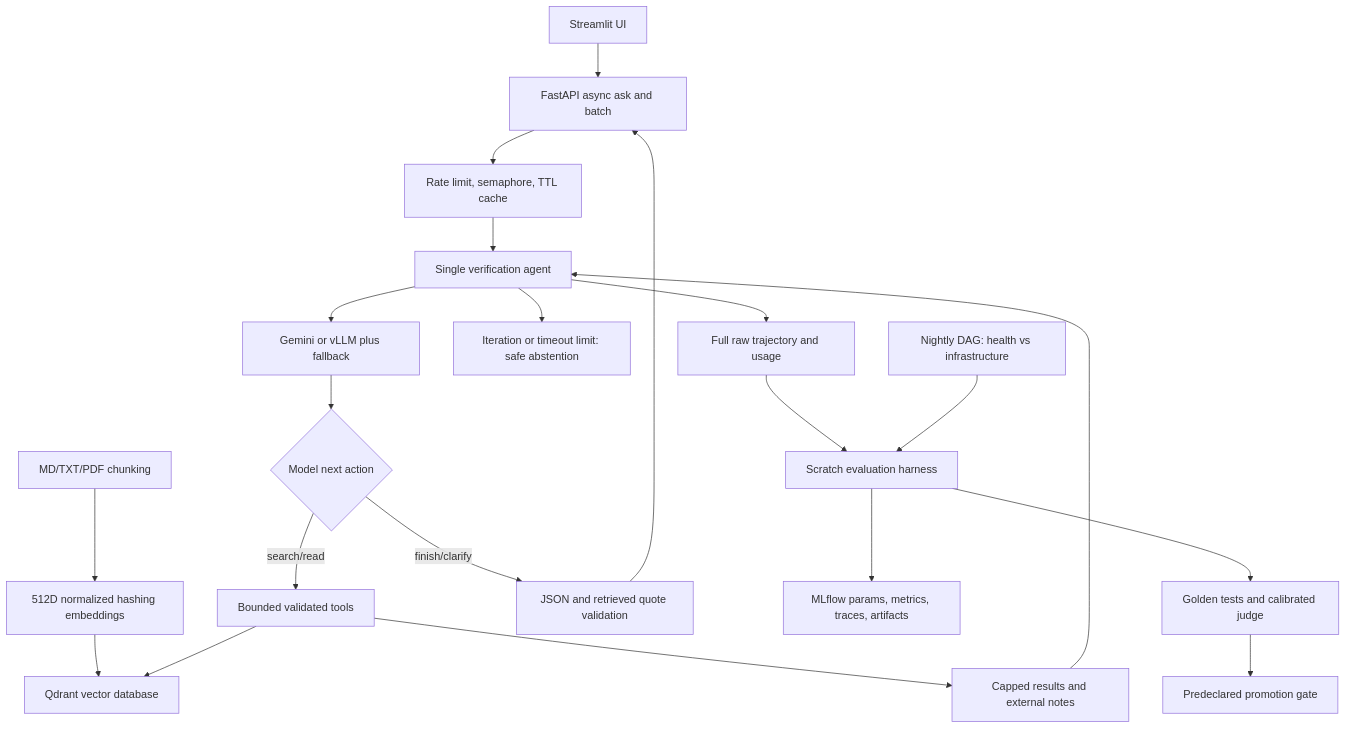
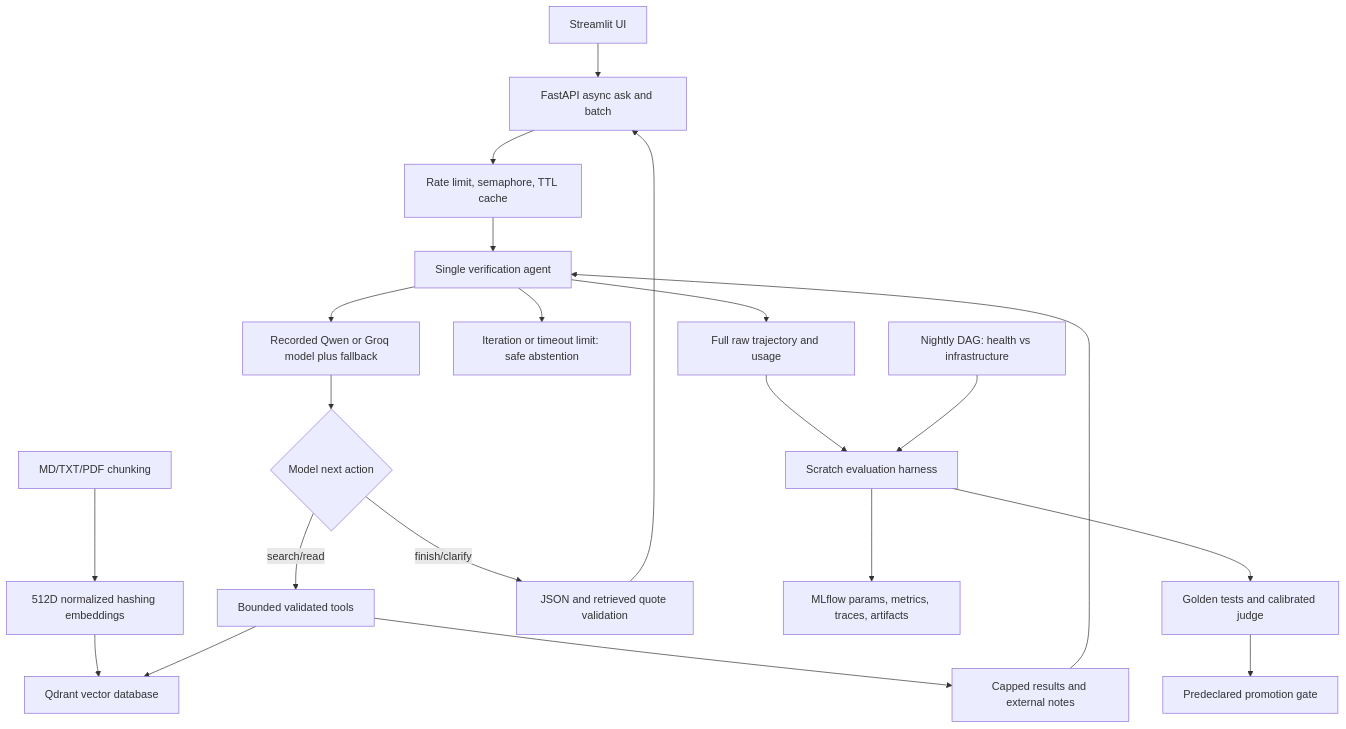
The diagram in README.md (shkroyas/Ai_Assistant_MLops), drawn with Mermaid before and after one commit. The commit also changed other lines of this file and 482 other files, not shown here.

````diff
--- a/README.md
+++ b/README.md
@@ -124,23 +138,23 @@
 ```mermaid
 flowchart TD
   UI[Streamlit UI] --> API[FastAPI async ask and batch]
   API --> Admission[Rate limit, semaphore, TTL cache]
   Admission --> Agent[Single verification agent]
-  Agent --> Model[Gemini or vLLM plus fallback]
+  Agent --> Model[Recorded Qwen or Groq model plus fallback]
   Model --> Decision{Model next action}
   Decision -->|search/read| Tools[Bounded validated tools]
   Docs[MD/TXT/PDF chunking] --> Embeddings[512D normalized hashing embeddings]
   Embeddings --> Qdrant[Qdrant vector database]
   Tools --> Qdrant
   Tools --> Notes[Capped results and external notes]
   Notes --> Agent
   Decision -->|finish/clarify| Validate[JSON and retrieved quote validation]
   Validate --> API
   Agent --> Budget[Iteration or timeout limit: safe abstention]
   Agent --> Trace[Full raw trajectory and usage]
   Trace --> Harness[Scratch evaluation harness]
   Harness --> MLflow[MLflow params, metrics, traces, artifacts]
   Harness --> Evidently[Golden tests and calibrated judge]
   Evidently --> Gate[Predeclared promotion gate]
   Airflow[Nightly DAG: health vs infrastructure] --> Harness
 ```
````
